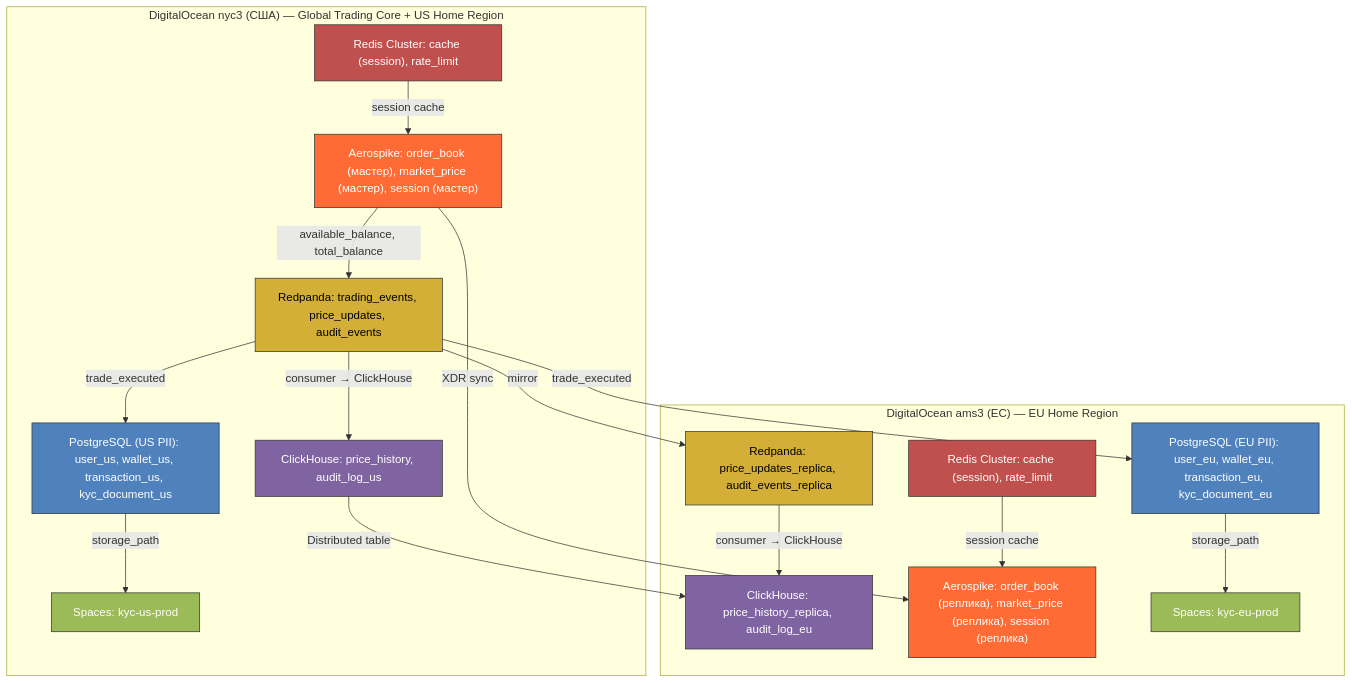
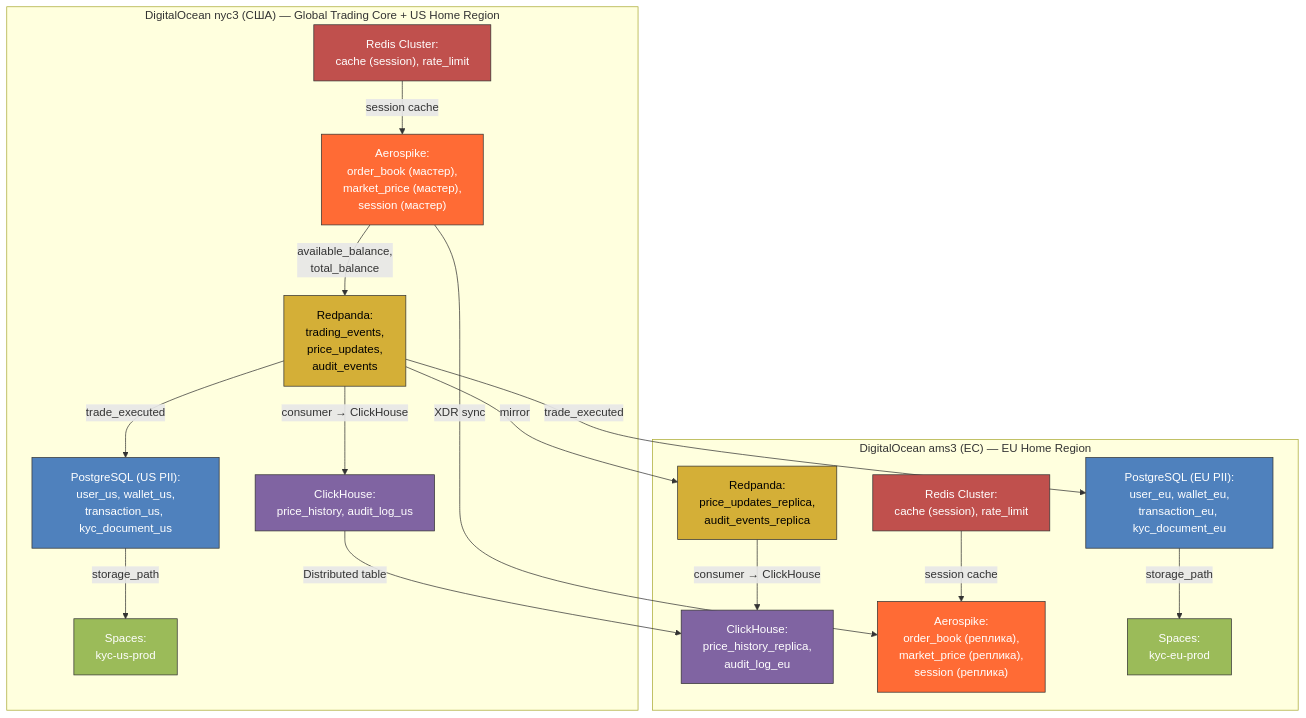
The diagram in README.md (IfroloffI/highload-vk-edu-3-term), drawn with Mermaid before and after one commit.

````diff
--- a/README.md
+++ b/README.md
@@ -514,47 +514,47 @@
 ```mermaid
 flowchart TD
     subgraph nyc3["DigitalOcean nyc3 (США) — Global Trading Core + US Home Region"]
-        A["PostgreSQL (US PII): user_us, wallet_us, transaction_us, kyc_document_us"]
-        B["ClickHouse: price_history, audit_log_us"]
-        C["Aerospike: order_book (мастер), market_price (мастер), session (мастер)"]
-        D["Spaces: kyc-us-prod"]
-        E["Redis Cluster: cache (session), rate_limit"]
-        F["Redpanda: trading_events, price_updates, audit_events"]
+        A["PostgreSQL (US PII):<br/>user_us, wallet_us,<br/>transaction_us, kyc_document_us"]
+        B["ClickHouse:<br/>price_history, audit_log_us"]
+        C["Aerospike:<br/>order_book (мастер),<br/>market_price (мастер),<br/>session (мастер)"]
+        D["Spaces:<br/>kyc-us-prod"]
+        E["Redis Cluster:<br/>cache (session), rate_limit"]
+        F["Redpanda:<br/>trading_events,<br/>price_updates,<br/>audit_events"]
     end
 
     subgraph ams3["DigitalOcean ams3 (ЕС) — EU Home Region"]
-        G["PostgreSQL (EU PII): user_eu, wallet_eu, transaction_eu, kyc_document_eu"]
-        H["ClickHouse: price_history_replica, audit_log_eu"]
-        I["Aerospike: order_book (реплика), market_price (реплика), session (реплика)"]
-        J["Spaces: kyc-eu-prod"]
-        K["Redis Cluster: cache (session), rate_limit"]
-        L["Redpanda: price_updates_replica, audit_events_replica"]
+        G["PostgreSQL (EU PII):<br/>user_eu, wallet_eu,<br/>transaction_eu, kyc_document_eu"]
+        H["ClickHouse:<br/>price_history_replica,<br/>audit_log_eu"]
+        I["Aerospike:<br/>order_book (реплика),<br/>market_price (реплика),<br/>session (реплика)"]
+        J["Spaces:<br/>kyc-eu-prod"]
+        K["Redis Cluster:<br/>cache (session), rate_limit"]
+        L["Redpanda:<br/>price_updates_replica,<br/>audit_events_replica"]
     end
 
     A -->|storage_path| D
     G -->|storage_path| J
-    C -->|available_balance, total_balance| F
+    C -->|available_balance,<br/>total_balance| F
     F -->|trade_executed| A
     F -->|trade_executed| G
     F -->|consumer → ClickHouse| B
     L -->|consumer → ClickHouse| H
     F -->|mirror| L
     C -->|XDR sync| I
     B -->|Distributed table| H
     E -->|session cache| C
     K -->|session cache| I
 
     classDef pg fill:#4F81BD,stroke:#333,color:white
     classDef ch fill:#8064A2,stroke:#333,color:white
     classDef aerospike fill:#FF6B35,stroke:#333,color:white
     classDef redis fill:#C0504D,stroke:#333,color:white
     classDef spaces fill:#9BBB59,stroke:#333,color:white
     classDef redpanda fill:#D4AF37,stroke:#333,color:black
 
     class A,G pg
     class B,H ch
     class C,I aerospike
     class E,K redis
     class D,J spaces
     class F,L redpanda
 ```
````
